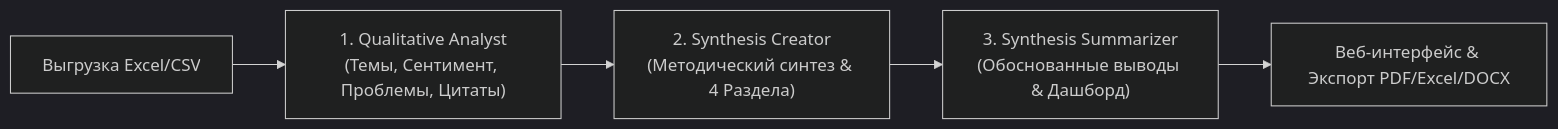
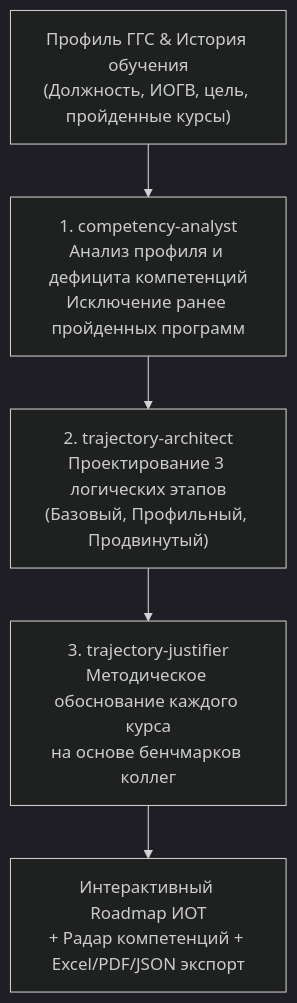
One commit to sqtwix/ai-education-mentor changed the diagram in README.md. Above: the diagram before and after it, drawn with Mermaid (dark theme). The commit also changed other lines of this file, not shown here.

````diff
--- a/README.md
+++ b/README.md
@@ -50,7 +55,7 @@
 ```mermaid
-flowchart LR
-    A["Выгрузка Excel/CSV"] --> B["1. Qualitative Analyst<br>(Темы, Сентимент, Проблемы, Цитаты)"]
-    B --> C["2. Synthesis Creator<br>(Методический синтез & 4 Раздела)"]
-    C --> D["3. Synthesis Summarizer<br>(Обоснованные выводы & Дашборд)"]
-    D --> E["Веб-интерфейс & Экспорт PDF/Excel/DOCX"]
+flowchart TD
+    A["Профиль ГГС & История обучения<br>(Должность, ИОГВ, цель, пройденные курсы)"] --> B["1. competency-analyst<br>Анализ профиля и дефицита компетенций<br>Исключение ранее пройденных программ"]
+    B --> C["2. trajectory-architect<br>Проектирование 3 логических этапов<br>(Базовый, Профильный, Продвинутый)"]
+    C --> D["3. trajectory-justifier<br>Методическое обоснование каждого курса<br>на основе бенчмарков коллег"]
+    D --> E["Интерактивный Roadmap ИОТ<br>+ Радар компетенций + Excel/PDF/JSON экспорт"]
 ```
````
